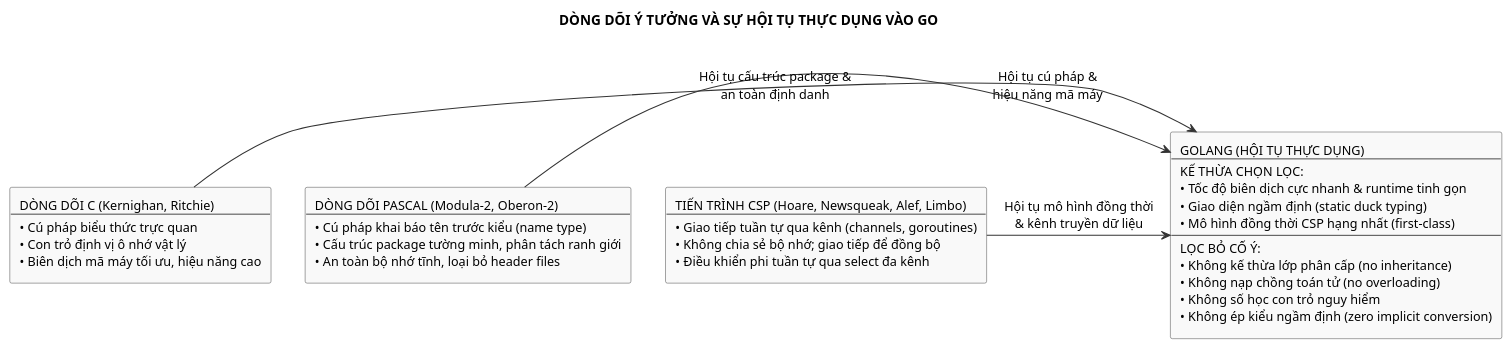
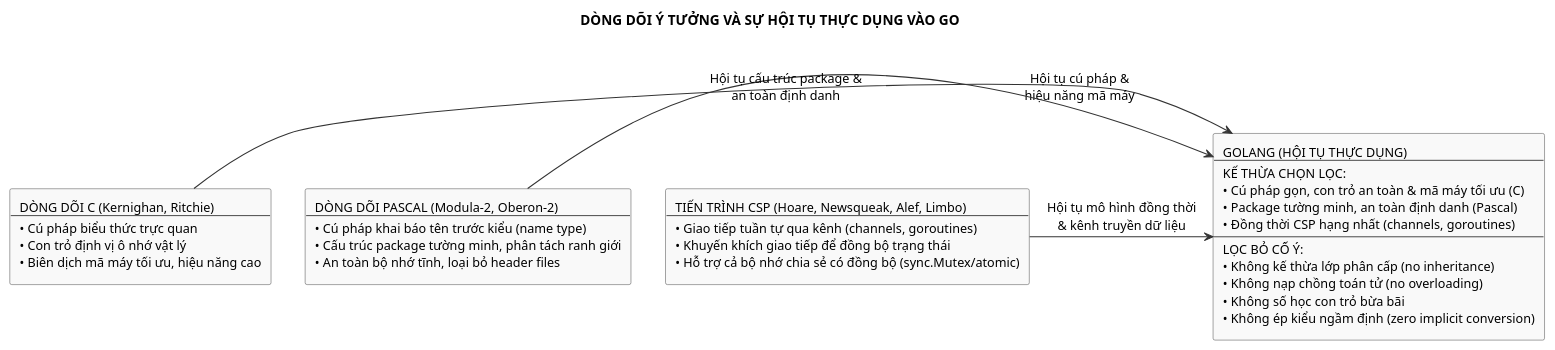
Before and after one commit to Minhlike/Golang: the diagram in assets/diagrams/go-idea-lineage.puml, drawn with PlantUML. The commit also changed 11 other files, not shown here.

```diff
--- a/assets/diagrams/go-idea-lineage.puml
+++ b/assets/diagrams/go-idea-lineage.puml
@@ -1,31 +1,31 @@
 @startuml
 skinparam backgroundColor white
 skinparam shadowing false
 skinparam defaultFontName "Source Sans 3"
 skinparam defaultFontSize 13
 skinparam defaultFontColor #000000
 
 skinparam rectangle {
   BackgroundColor #F9F9F9
   BorderColor #444444
   FontColor #000000
   RoundCorner 4
 }
 
 skinparam arrowColor #333333
 skinparam ArrowThickness 1.1
 
 title DÒNG DÕI Ý TƯỞNG VÀ SỰ HỘI TỤ THỰC DỤNG VÀO GO
 
 rectangle "DÒNG DÕI C (Kernighan, Ritchie)\n---\n• Cú pháp biểu thức trực quan\n• Con trỏ định vị ô nhớ vật lý\n• Biên dịch mã máy tối ưu, hiệu năng cao" as C_Lang
 
 rectangle "DÒNG DÕI PASCAL (Modula-2, Oberon-2)\n---\n• Cú pháp khai báo tên trước kiểu (name type)\n• Cấu trúc package tường minh, phân tách ranh giới\n• An toàn bộ nhớ tĩnh, loại bỏ header files" as Pascal_Lang
 
-rectangle "TIẾN TRÌNH CSP (Hoare, Newsqueak, Alef, Limbo)\n---\n• Giao tiếp tuần tự qua kênh (channels, goroutines)\n• Không chia sẻ bộ nhớ; giao tiếp để đồng bộ\n• Điều khiển phi tuần tự qua select đa kênh" as CSP_Lang
+rectangle "TIẾN TRÌNH CSP (Hoare, Newsqueak, Alef, Limbo)\n---\n• Giao tiếp tuần tự qua kênh (channels, goroutines)\n• Khuyến khích giao tiếp để đồng bộ trạng thái\n• Hỗ trợ cả bộ nhớ chia sẻ có đồng bộ (sync.Mutex/atomic)" as CSP_Lang
 
-rectangle "GOLANG (HỘI TỤ THỰC DỤNG)\n---\nKẾ THỪA CHỌN LỌC:\n• Tốc độ biên dịch cực nhanh & runtime tinh gọn\n• Giao diện ngầm định (static duck typing)\n• Mô hình đồng thời CSP hạng nhất (first-class)\n---\nLỌC BỎ CỐ Ý:\n• Không kế thừa lớp phân cấp (no inheritance)\n• Không nạp chồng toán tử (no overloading)\n• Không số học con trỏ nguy hiểm\n• Không ép kiểu ngầm định (zero implicit conversion)" as Go_Lang
+rectangle "GOLANG (HỘI TỤ THỰC DỤNG)\n---\nKẾ THỪA CHỌN LỌC:\n• Cú pháp gọn, con trỏ an toàn & mã máy tối ưu (C)\n• Package tường minh, an toàn định danh (Pascal)\n• Đồng thời CSP hạng nhất (channels, goroutines)\n---\nLỌC BỎ CỐ Ý:\n• Không kế thừa lớp phân cấp (no inheritance)\n• Không nạp chồng toán tử (no overloading)\n• Không số học con trỏ bừa bãi\n• Không ép kiểu ngầm định (zero implicit conversion)" as Go_Lang
 
 C_Lang -right-> Go_Lang : Hội tụ cú pháp &\nhiệu năng mã máy
 Pascal_Lang -right-> Go_Lang : Hội tụ cấu trúc package &\nan toàn định danh
 CSP_Lang -right-> Go_Lang : Hội tụ mô hình đồng thời\n& kênh truyền dữ liệu
 @enduml
```
